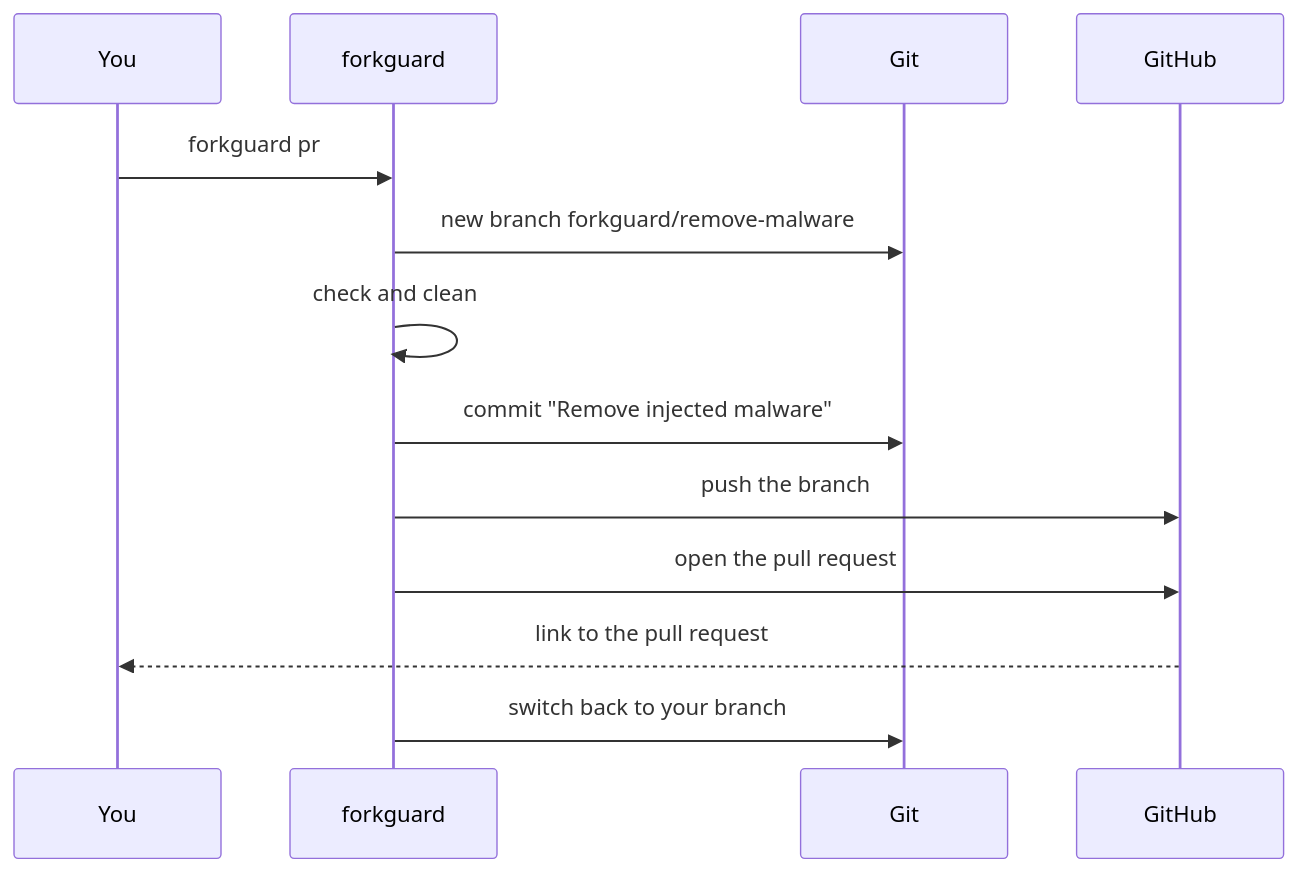
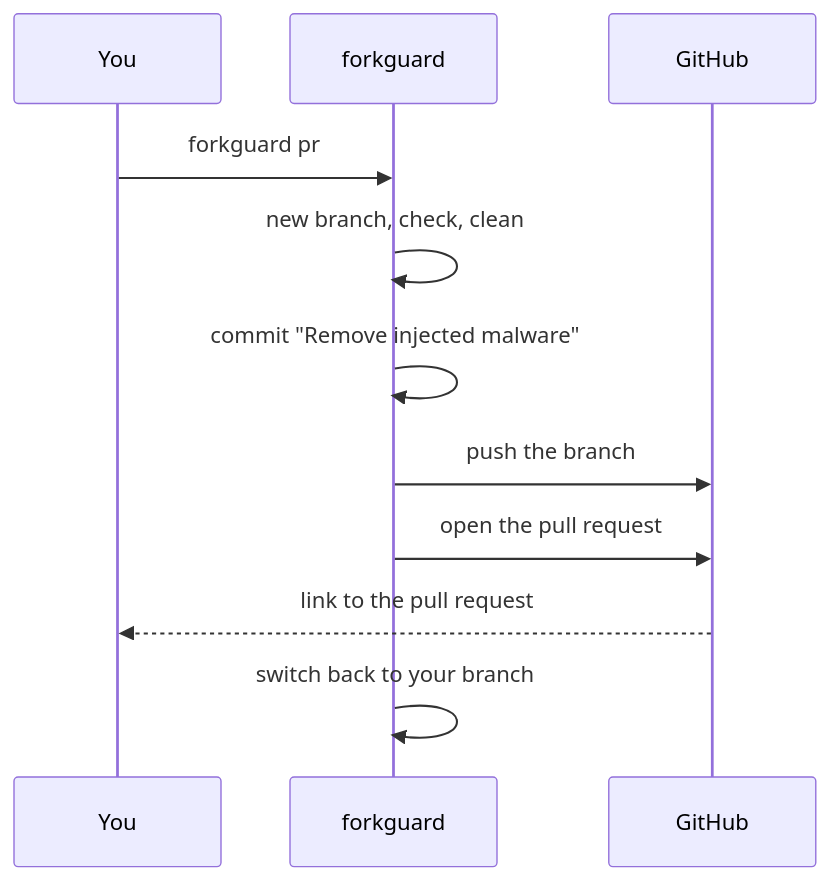
One commit to PRODHOSH/forkguard changed the second of 3 diagrams in README.md. Above: the diagram before and after it, drawn with Mermaid. The commit also changed other lines of this file and 13 other files, not shown here.

````diff
--- a/README.md
+++ b/README.md
@@ -163,15 +154,13 @@
 ```mermaid
 sequenceDiagram
     participant You
     participant forkguard
-    participant Git
     participant GitHub
     You->>forkguard: forkguard pr
-    forkguard->>Git: new branch forkguard/remove-malware
-    forkguard->>forkguard: check and clean
-    forkguard->>Git: commit "Remove injected malware"
+    forkguard->>forkguard: new branch, check, clean
+    forkguard->>forkguard: commit "Remove injected malware"
     forkguard->>GitHub: push the branch
     forkguard->>GitHub: open the pull request
     GitHub-->>You: link to the pull request
-    forkguard->>Git: switch back to your branch
+    forkguard->>forkguard: switch back to your branch
 ```
````
